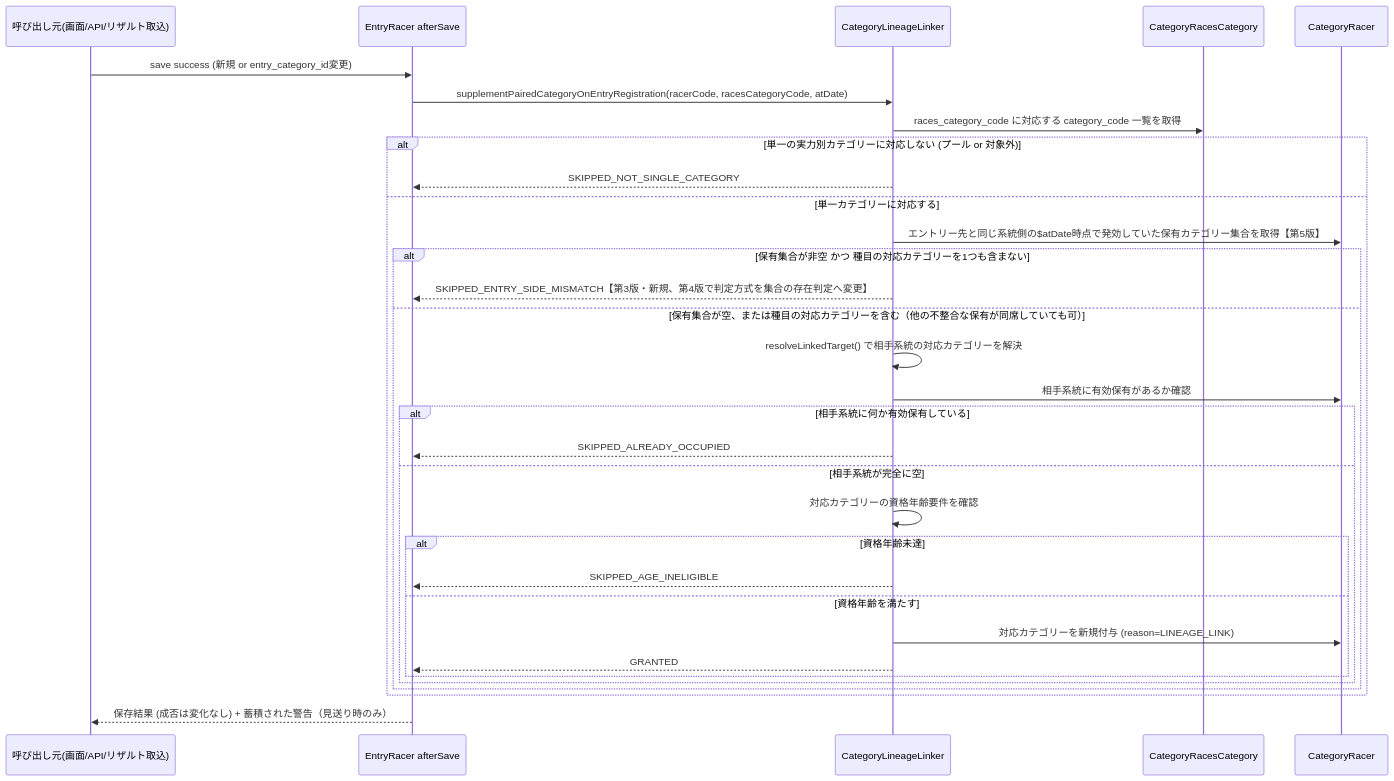
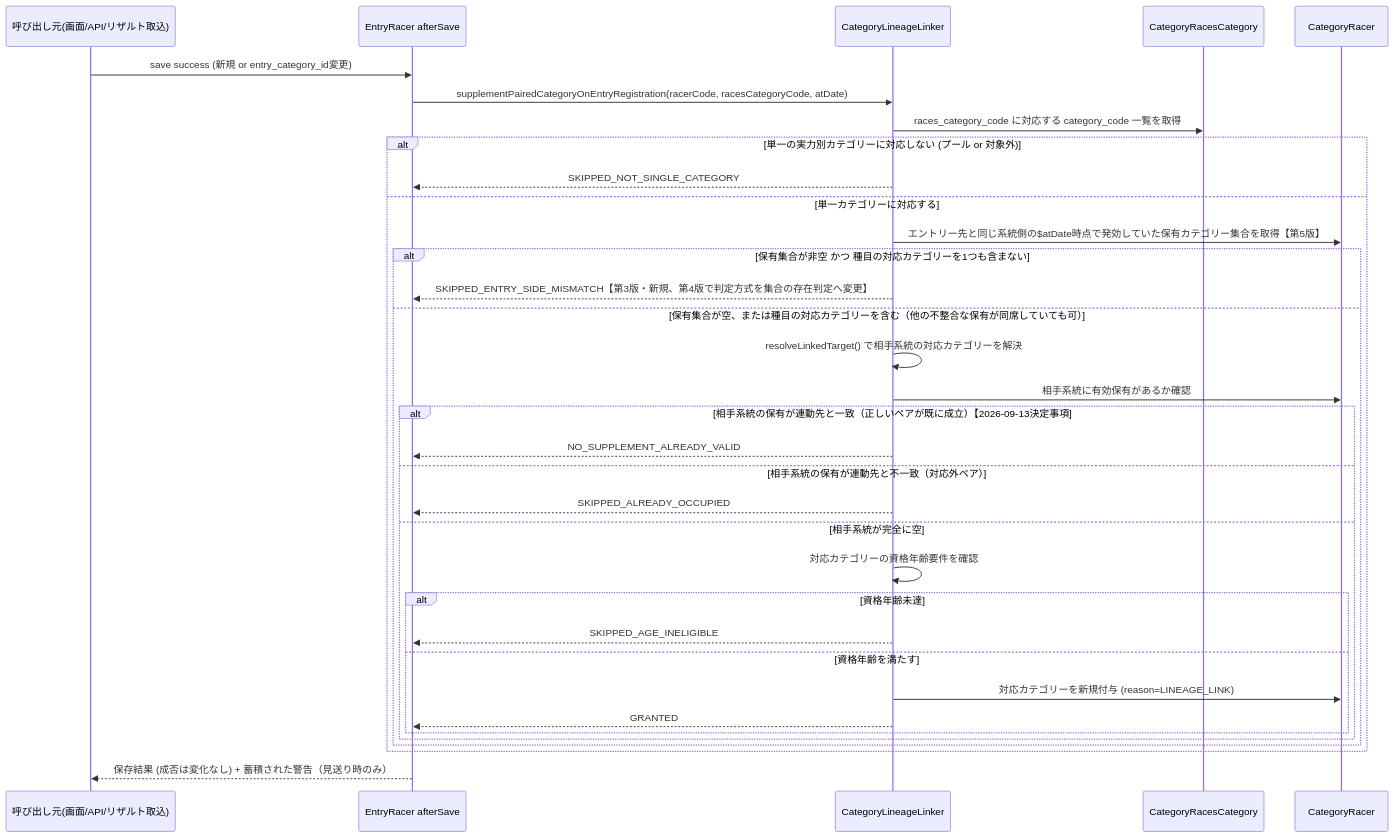
One commit to cyclox-dev/cyclox2_docker changed the second of 4 diagrams in .kiro/specs/entry-auto-category-2026-27/design.md. Above: the diagram before and after it, drawn with Mermaid. The commit also changed other lines of this file and 4 other files, not shown here.

````diff
--- a/.kiro/specs/entry-auto-category-2026-27/design.md
+++ b/.kiro/specs/entry-auto-category-2026-27/design.md
@@ -300,35 +300,37 @@
 ```mermaid
 sequenceDiagram
     participant Caller as 呼び出し元(画面/API/リザルト取込)
     participant ER as EntryRacer afterSave
     participant Linker as CategoryLineageLinker
     participant CRC as CategoryRacesCategory
     participant CR as CategoryRacer
 
     Caller->>ER: save success (新規 or entry_category_id変更)
     ER->>Linker: supplementPairedCategoryOnEntryRegistration(racerCode, racesCategoryCode, atDate)
     Linker->>CRC: races_category_code に対応する category_code 一覧を取得
     alt 単一の実力別カテゴリーに対応しない (プール or 対象外)
         Linker-->>ER: SKIPPED_NOT_SINGLE_CATEGORY
     else 単一カテゴリーに対応する
         Linker->>CR: エントリー先と同じ系統側の$atDate時点で発効していた保有カテゴリー集合を取得【第5版】
         alt 保有集合が非空 かつ 種目の対応カテゴリーを1つも含まない
             Linker-->>ER: SKIPPED_ENTRY_SIDE_MISMATCH【第3版・新規、第4版で判定方式を集合の存在判定へ変更】
         else 保有集合が空、または種目の対応カテゴリーを含む（他の不整合な保有が同席していても可）
             Linker->>Linker: resolveLinkedTarget() で相手系統の対応カテゴリーを解決
             Linker->>CR: 相手系統に有効保有があるか確認
-            alt 相手系統に何か有効保有している
+            alt 相手系統の保有が連動先と一致（正しいペアが既に成立）【2026-09-13決定事項#13】
+                Linker-->>ER: NO_SUPPLEMENT_ALREADY_VALID
+            else 相手系統の保有が連動先と不一致（対応外ペア）
                 Linker-->>ER: SKIPPED_ALREADY_OCCUPIED
             else 相手系統が完全に空
                 Linker->>Linker: 対応カテゴリーの資格年齢要件を確認
                 alt 資格年齢未達
                     Linker-->>ER: SKIPPED_AGE_INELIGIBLE
                 else 資格年齢を満たす
                     Linker->>CR: 対応カテゴリーを新規付与 (reason=LINEAGE_LINK)
                     Linker-->>ER: GRANTED
                 end
             end
         end
     end
     ER-->>Caller: 保存結果 (成否は変化なし) + 蓄積された警告（見送り時のみ）
 ```
````
